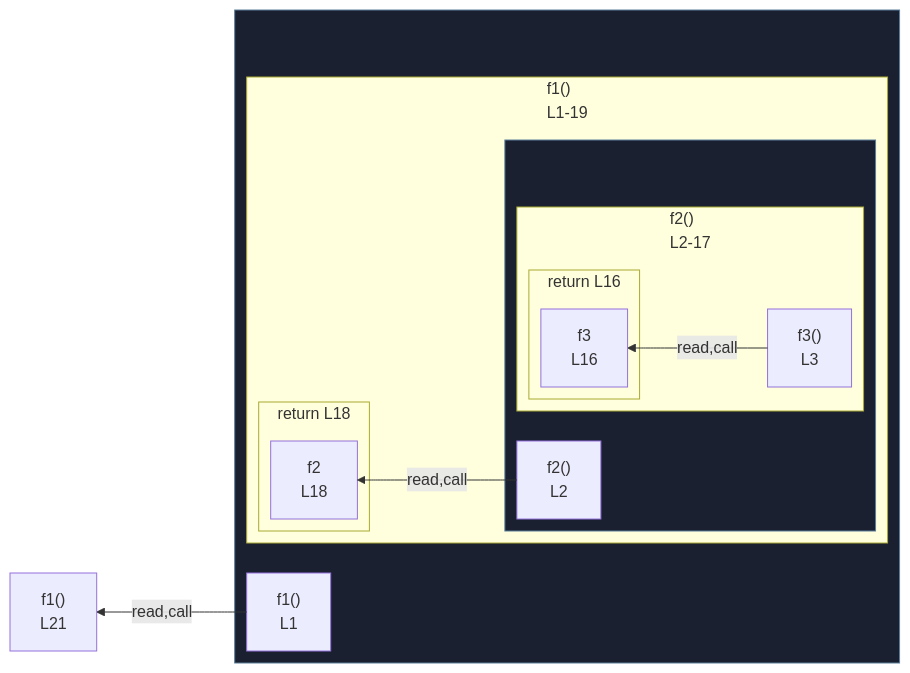
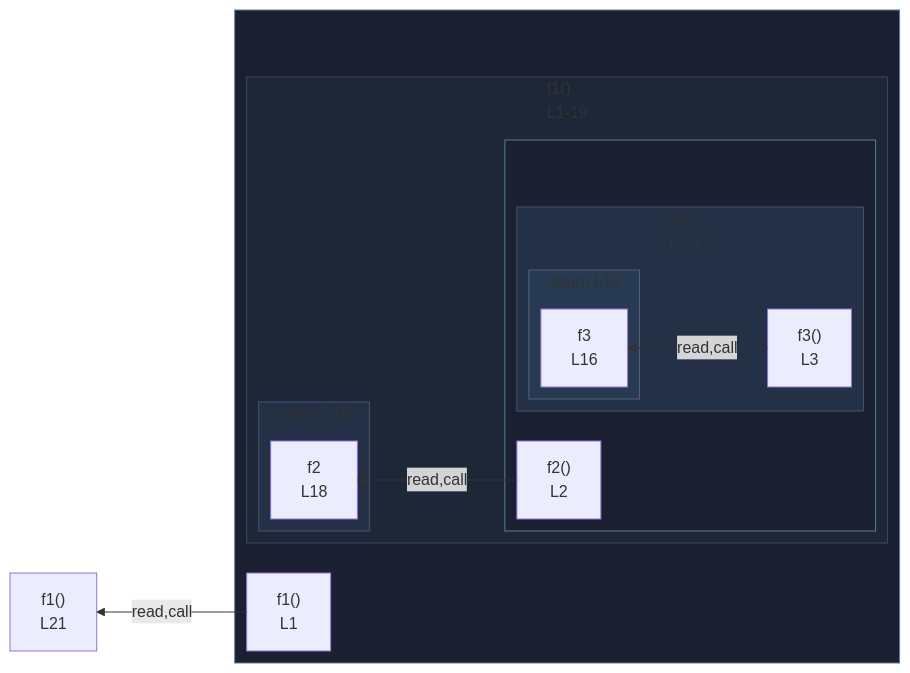
Before and after one commit to crescware/unsnarl: the diagram in integration/fixtures/app-behavior/depth/function/depth-2/preview.md, drawn with Mermaid. The commit also changed 249 other files, not shown here.

First line of the commit message:
Color Mermaid subgraphs by nesting depth via theme palette

````diff
--- a/integration/fixtures/app-behavior/depth/function/depth-2/preview.md
+++ b/integration/fixtures/app-behavior/depth/function/depth-2/preview.md
@@ -37,34 +37,41 @@
 ```mermaid
 %%{init: {"flowchart": {"defaultRenderer": "elk"}}}%%
 flowchart RL
   subgraph wrap_s_scope_1[" "]
     direction TB
     n_scope_0_f1_9["f1()<br/>L1"]
     subgraph s_scope_1["f1()<br/>L1-19"]
       direction RL
       subgraph wrap_s_scope_2[" "]
         direction TB
         n_scope_1_f2_27["f2()<br/>L2"]
         subgraph s_scope_2["f2()<br/>L2-17"]
           direction RL
           n_scope_2_f3_47["f3()<br/>L3"]
           subgraph s_return_scope_1_f2_27_276_288["return L16"]
             direction RL
             ret_use_ref_5["f3<br/>L16"]
           end
         end
       end
       subgraph s_return_scope_0_f1_9_295_307["return L18"]
         direction RL
         ret_use_ref_6["f2<br/>L18"]
       end
     end
   end
   n_scope_2_f3_47 -->|read,call| ret_use_ref_5
   n_scope_1_f2_27 -->|read,call| ret_use_ref_6
   n_scope_0_f1_9 -->|read,call| expr_stmt_311
   expr_stmt_311["f1()<br/>L21"]
   classDef fnWrap fill:#1a2030,stroke:#5a7d99;
   class wrap_s_scope_1 fnWrap;
   class wrap_s_scope_2 fnWrap;
+  classDef nestL1 fill:#1e2738,stroke:#3d4a63;
+  class s_scope_1 nestL1;
+  classDef nestL2 fill:#233045,stroke:#475670;
+  class s_scope_2 nestL2;
+  class s_return_scope_0_f1_9_295_307 nestL2;
+  classDef nestL3 fill:#283952,stroke:#51637d;
+  class s_return_scope_1_f2_27_276_288 nestL3;
 ```
````
